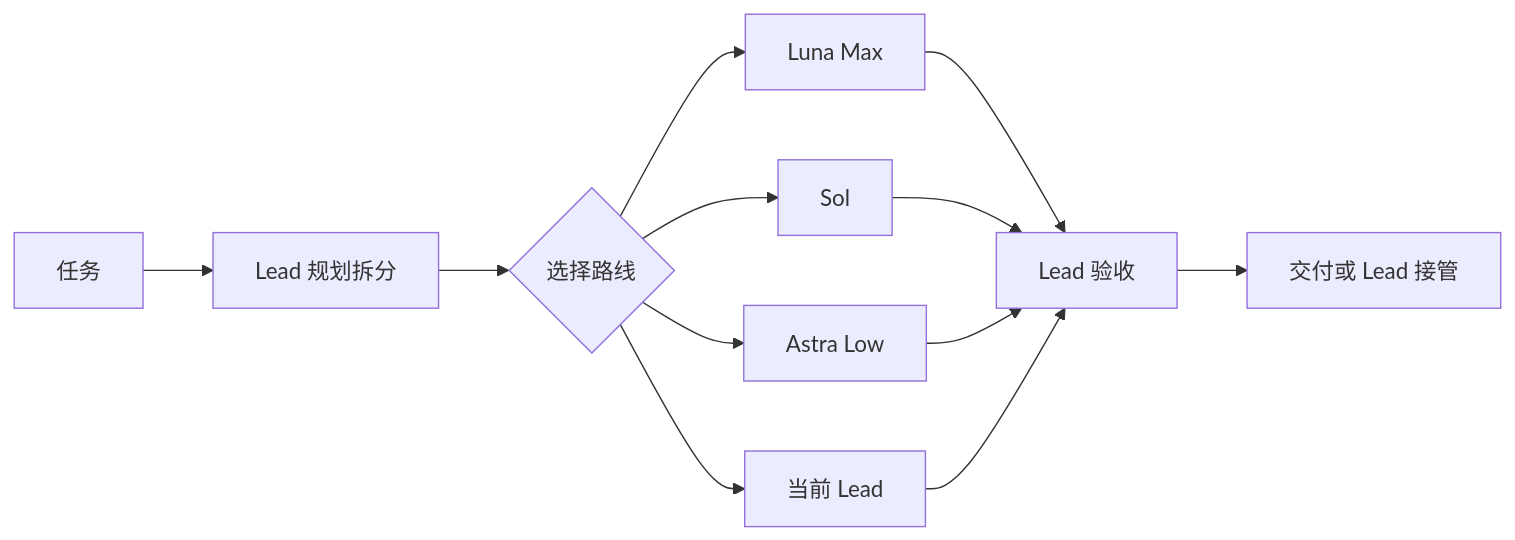
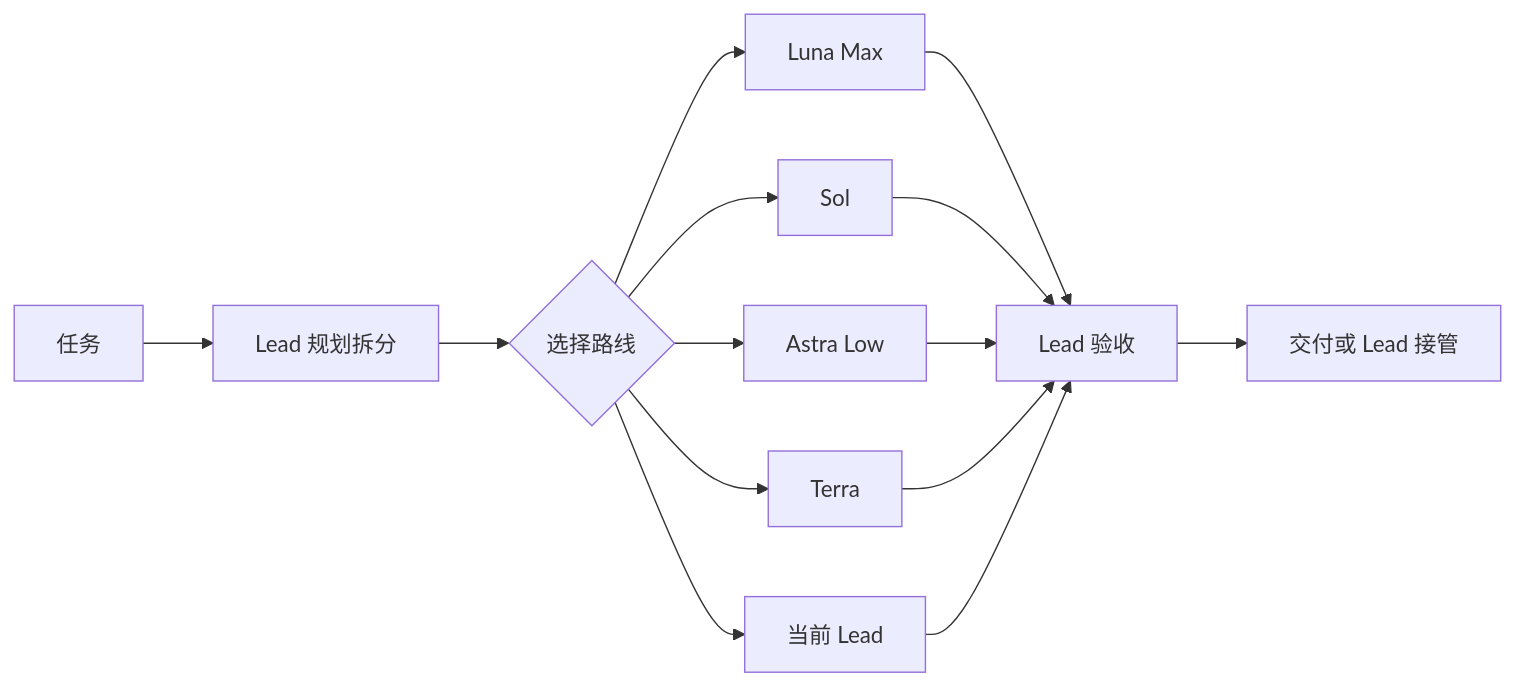
Before and after one commit to 9holy/codex-routing-matrix: the first of 2 diagrams in README.md, drawn with Mermaid. The commit also changed other lines of this file and 39 other files, not shown here.

````diff
--- a/README.md
+++ b/README.md
@@ -23,13 +24,15 @@
 ```mermaid
 graph LR
     A[任务] --> B[Lead 规划拆分] --> C{选择路线}
     C --> D[Luna Max]
     C --> E[Sol]
     C --> F[Astra Low]
+    C --> G[Terra]
     C --> H[当前 Lead]
     D --> I[Lead 验收]
     E --> I
     F --> I
+    G --> I
     H --> I
     I --> J[交付或 Lead 接管]
 ```
````
